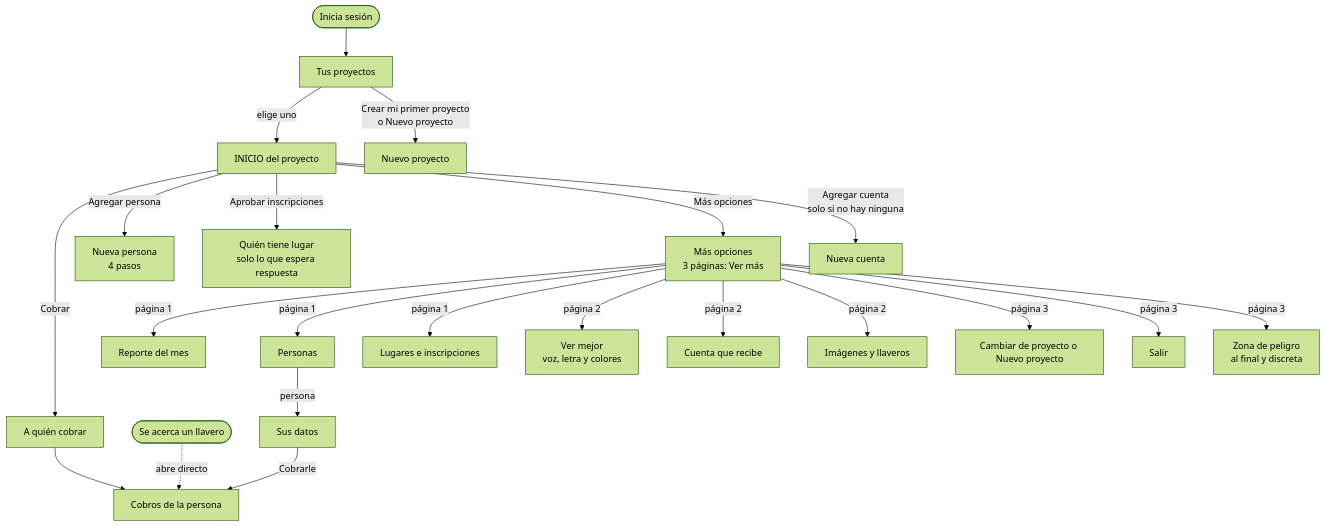
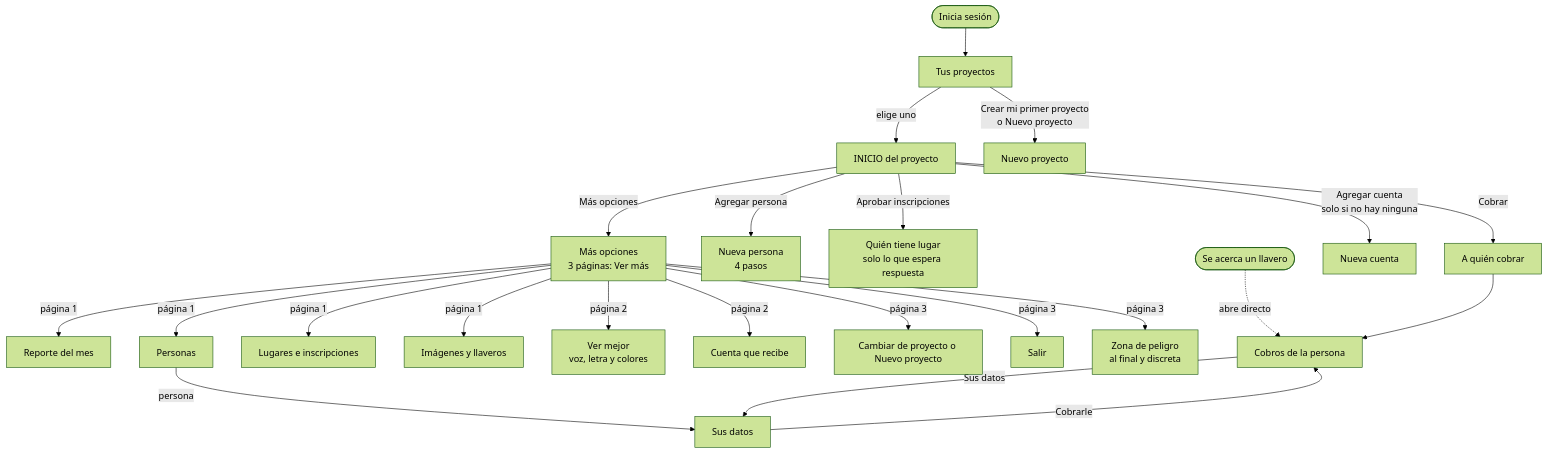
The seventh of 15 diagrams in docs/MANUAL-FLUJOS.md (MissPili/cuentas-conmigo), drawn with Mermaid (forest theme) before and after one commit. The commit also changed other lines of this file and 13 other files, not shown here.

First line of the commit message:
Corregir cobros (con caducidad de 24 h), Sus datos en los cobros, baja desde Sus datos y llaveros en la página 1

````diff
--- a/docs/MANUAL-FLUJOS.md
+++ b/docs/MANUAL-FLUJOS.md
@@ -162,24 +162,25 @@
 ```mermaid
 flowchart TD
   L(["Inicia sesión"]) --> PR["Tus proyectos"]
   PR -->|"elige uno"| H["INICIO del proyecto"]
   PR -->|"Crear mi primer proyecto<br>o Nuevo proyecto"| NP["Nuevo proyecto"]
   H -->|"Cobrar"| W["A quién cobrar"]
   H -->|"Agregar persona"| AP["Nueva persona<br>4 pasos"]
   H -->|"Aprobar inscripciones"| SE["Quién tiene lugar<br>solo lo que espera respuesta"]
   H -->|"Más opciones"| M["Más opciones<br>3 páginas: Ver más"]
   H -->|"Agregar cuenta<br>solo si no hay ninguna"| AC["Nueva cuenta"]
   M -->|"página 1"| R["Reporte del mes"]
   M -->|"página 1"| PE["Personas"]
   M -->|"página 1"| PL["Lugares e inscripciones"]
+  M -->|"página 1"| LL["Imágenes y llaveros"]
   M -->|"página 2"| VM["Ver mejor<br>voz, letra y colores"]
   M -->|"página 2"| CU["Cuenta que recibe"]
-  M -->|"página 2"| LL["Imágenes y llaveros"]
   M -->|"página 3"| CP["Cambiar de proyecto o Nuevo proyecto"]
   M -->|"página 3"| SA["Salir"]
   M -->|"página 3"| ZP["Zona de peligro<br>al final y discreta"]
   T(["Se acerca un llavero"]) -.->|"abre directo"| PC["Cobros de la persona"]
   W --> PC
   PE -->|"persona"| PD["Sus datos"]
+  PC -->|"Sus datos"| PD
   PD -->|"Cobrarle"| PC
 ```
````
